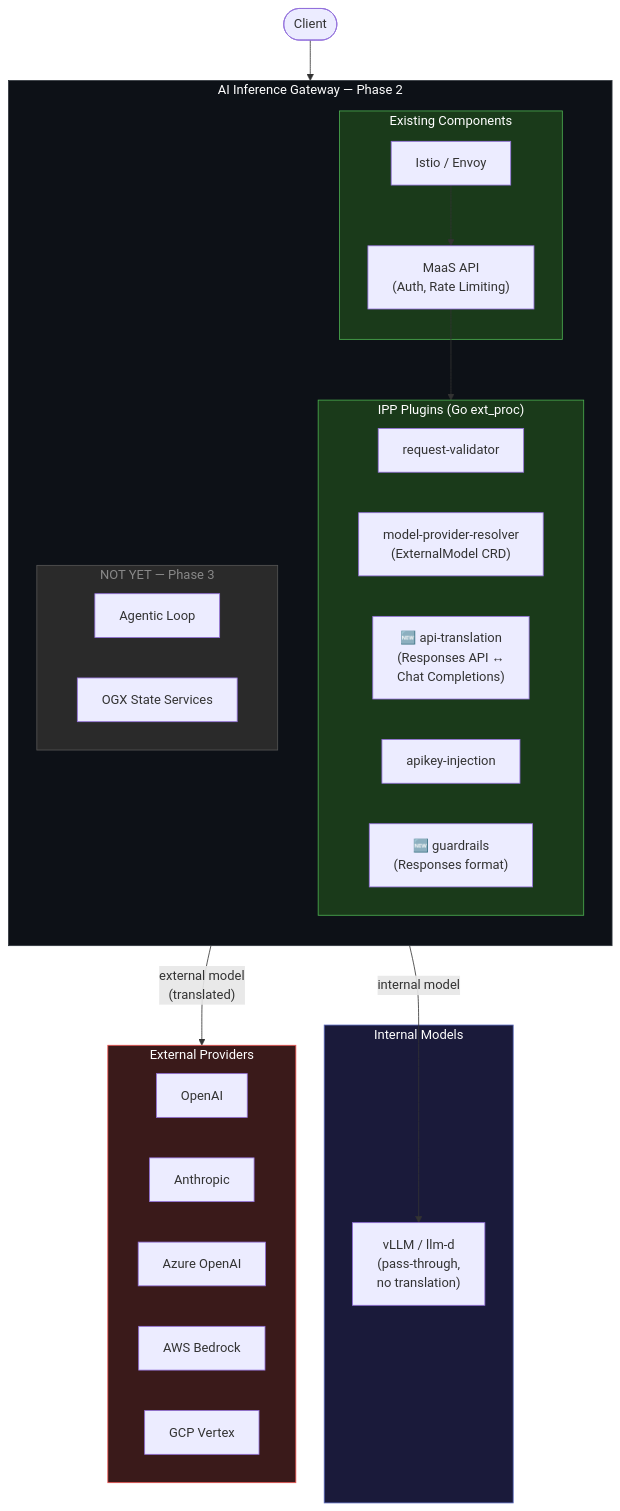
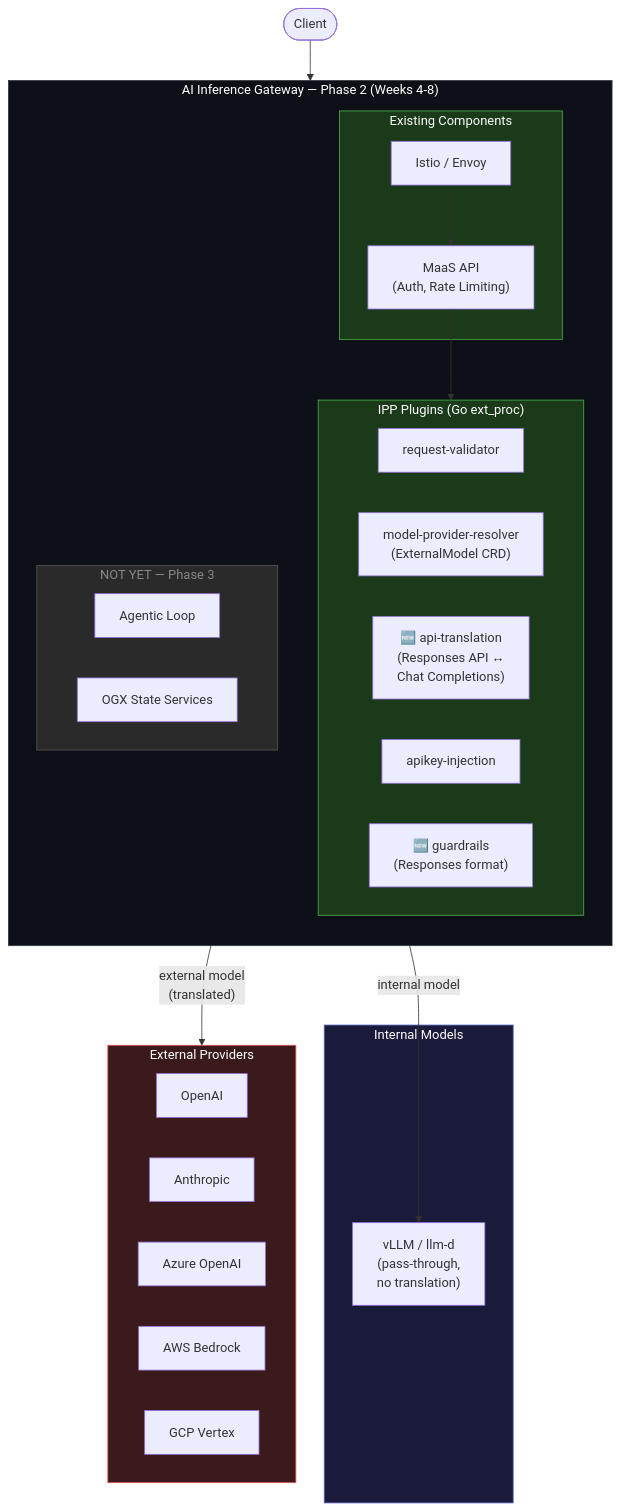
Before and after one commit to noyitz/ai-gateway-docs: the sixth of 8 diagrams in responses-api/responses-api-architecture-plan.md, drawn with Mermaid. The commit also changed other lines of this file, not shown here.

Commit message:
Compress timeline from 6 months to 4 months, reflect OGX reuse in Phase 3

````diff
--- a/responses-api/responses-api-architecture-plan.md
+++ b/responses-api/responses-api-architecture-plan.md
@@ -557,50 +557,50 @@
 ```mermaid
 graph TB
     Client([Client])
 
-    subgraph GW["AI Inference Gateway — Phase 2"]
+    subgraph GW["AI Inference Gateway — Phase 2 (Weeks 4-8)"]
         direction TB
 
         subgraph Existing["Existing Components"]
             Proxy["Istio / Envoy"]
             MaaS["MaaS API<br/>(Auth, Rate Limiting)"]
         end
 
         subgraph IPP["IPP Plugins (Go ext_proc)"]
             direction LR
             rv["request-validator"]
             mpr["model-provider-resolver<br/>(ExternalModel CRD)"]
             at["🆕 api-translation<br/>(Responses API ↔<br/>Chat Completions)"]
             ak["apikey-injection"]
             ng_in["🆕 guardrails<br/>(Responses format)"]
         end
 
         subgraph NotYet["NOT YET — Phase 3"]
             AL_na["Agentic Loop"]
             OGX_na["OGX State Services"]
         end
     end
 
     subgraph Internal["Internal Models"]
         vLLM["vLLM / llm-d<br/>(pass-through,<br/>no translation)"]
     end
 
     subgraph External["External Providers"]
         OpenAI["OpenAI"]
         Anthropic["Anthropic"]
         Azure["Azure OpenAI"]
         Bedrock["AWS Bedrock"]
         Vertex["GCP Vertex"]
     end
 
     Client --> Proxy --> MaaS --> IPP
     rv -- "internal model" --> vLLM
     at -- "external model<br/>(translated)" --> External
 
     style Existing fill:#1a3a1a,stroke:#4CAF50,color:#fff
     style IPP fill:#1a3a1a,stroke:#4CAF50,color:#fff
     style NotYet fill:#2a2a2a,stroke:#555,color:#888
     style Internal fill:#1a1a3a,stroke:#5C6BC0,color:#fff
     style External fill:#3a1a1a,stroke:#EF5350,color:#fff
     style GW fill:#0d1117,stroke:#30363d,color:#fff
 ```
````
